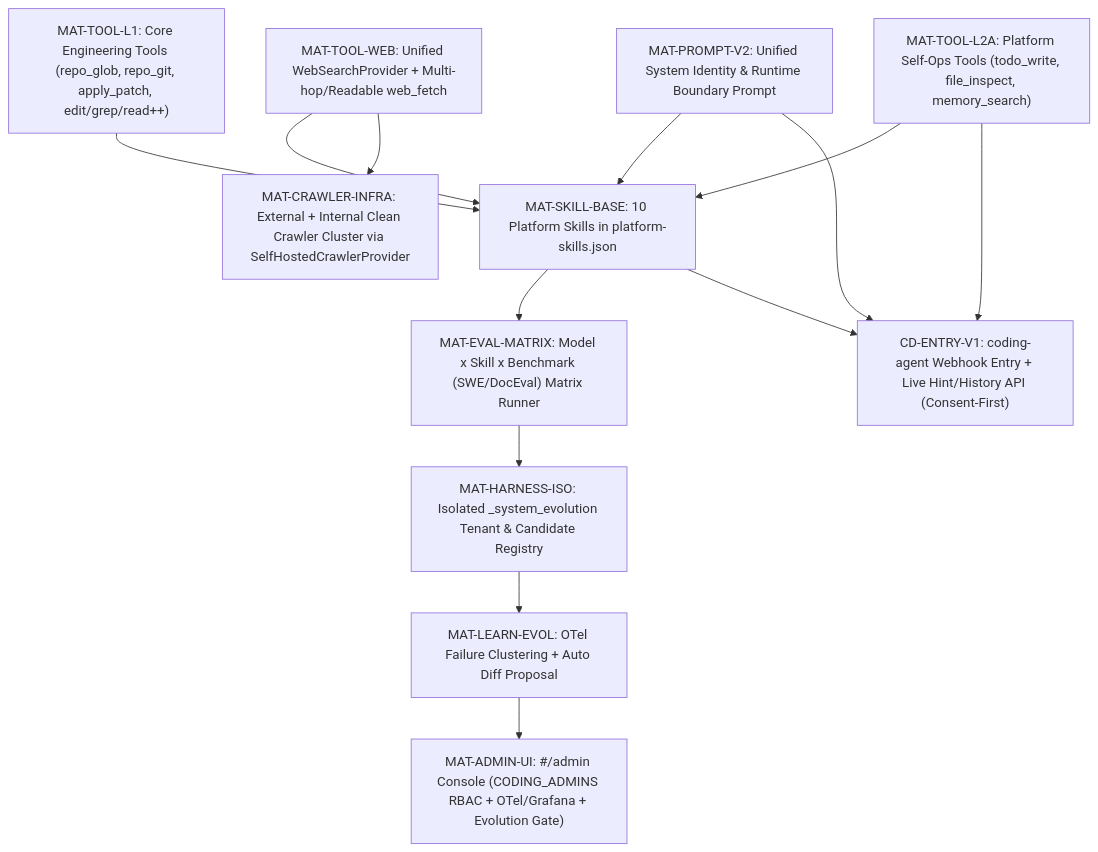
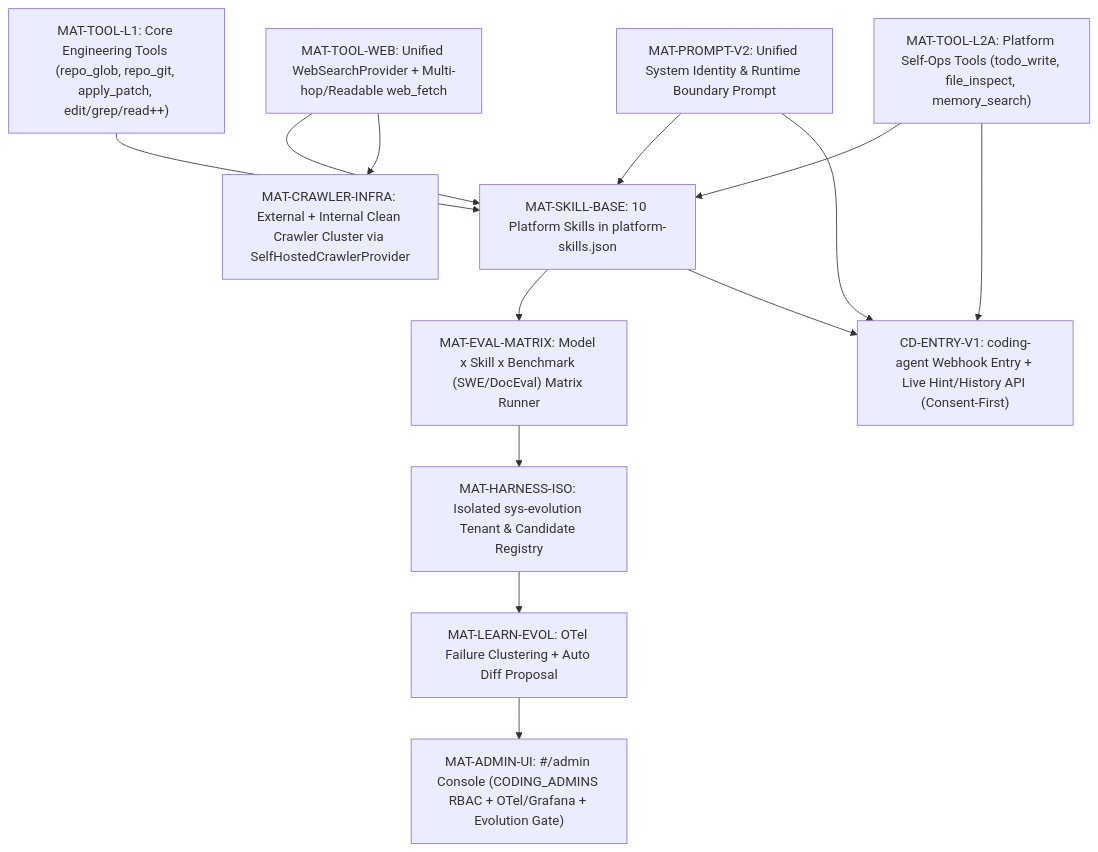
One commit to Hanwen-Jiang/agent-runtime changed the diagram in docs/plan/maturity-and-self-evolution-dag-2026-11-25.md. Above: the diagram before and after it, drawn with Mermaid. The commit also changed other lines of this file and 15 other files, not shown here.

Commit message:
feat(learning): implement Wave 2 Skill x Model matrix & isolated sys-evolution harness

````diff
--- a/docs/plan/maturity-and-self-evolution-dag-2026-11-25.md
+++ b/docs/plan/maturity-and-self-evolution-dag-2026-11-25.md
@@ -68,37 +68,37 @@
 ```mermaid
 flowchart TD
     %% Wave 1: 成熟度基石（本轮立即落地）
     MAT_TOOL_L1["MAT-TOOL-L1: Core Engineering Tools (repo_glob, repo_git, apply_patch, edit/grep/read++)"]
     MAT_TOOL_L2A["MAT-TOOL-L2A: Platform Self-Ops Tools (todo_write, file_inspect, memory_search)"]
     MAT_TOOL_WEB["MAT-TOOL-WEB: Unified WebSearchProvider + Multi-hop/Readable web_fetch"]
     MAT_PROMPT_V2["MAT-PROMPT-V2: Unified System Identity & Runtime Boundary Prompt"]
     MAT_SKILL_BASE["MAT-SKILL-BASE: 10 Platform Skills in platform-skills.json"]
 
-    %% Wave 2: 评测矩阵与独立自进化通道
+    %% Wave 2: 评测矩阵与独立自进化通道（已落地）
     MAT_EVAL_MATRIX["MAT-EVAL-MATRIX: Model x Skill x Benchmark (SWE/DocEval) Matrix Runner"]
-    MAT_HARNESS_ISO["MAT-HARNESS-ISO: Isolated _system_evolution Tenant & Candidate Registry"]
+    MAT_HARNESS_ISO["MAT-HARNESS-ISO: Isolated sys-evolution Tenant & Candidate Registry"]
     MAT_LEARN_EVOL["MAT-LEARN-EVOL: OTel Failure Clustering + Auto Diff Proposal"]
 
     %% Wave 3: 管理员控制台与 coding-dance 深度接入
     MAT_ADMIN_UI["MAT-ADMIN-UI: #/admin Console (CODING_ADMINS RBAC + OTel/Grafana + Evolution Gate)"]
     CD_ENTRY_V1["CD-ENTRY-V1: coding-agent Webhook Entry + Live Hint/History API (Consent-First)"]
 
     %% Wave 4: 独立纯净内外网爬虫基础设施
     MAT_CRAWLER_INFRA["MAT-CRAWLER-INFRA: External + Internal Clean Crawler Cluster via SelfHostedCrawlerProvider"]
 
     MAT_TOOL_L1 --> MAT_SKILL_BASE
     MAT_TOOL_L2A --> MAT_SKILL_BASE
     MAT_TOOL_WEB --> MAT_SKILL_BASE
     MAT_PROMPT_V2 --> MAT_SKILL_BASE
 
     MAT_SKILL_BASE --> MAT_EVAL_MATRIX
     MAT_TOOL_WEB --> MAT_CRAWLER_INFRA
 
     MAT_EVAL_MATRIX --> MAT_HARNESS_ISO
     MAT_HARNESS_ISO --> MAT_LEARN_EVOL
     MAT_LEARN_EVOL --> MAT_ADMIN_UI
 
     MAT_PROMPT_V2 --> CD_ENTRY_V1
     MAT_TOOL_L2A --> CD_ENTRY_V1
     MAT_SKILL_BASE --> CD_ENTRY_V1
 ```
````
